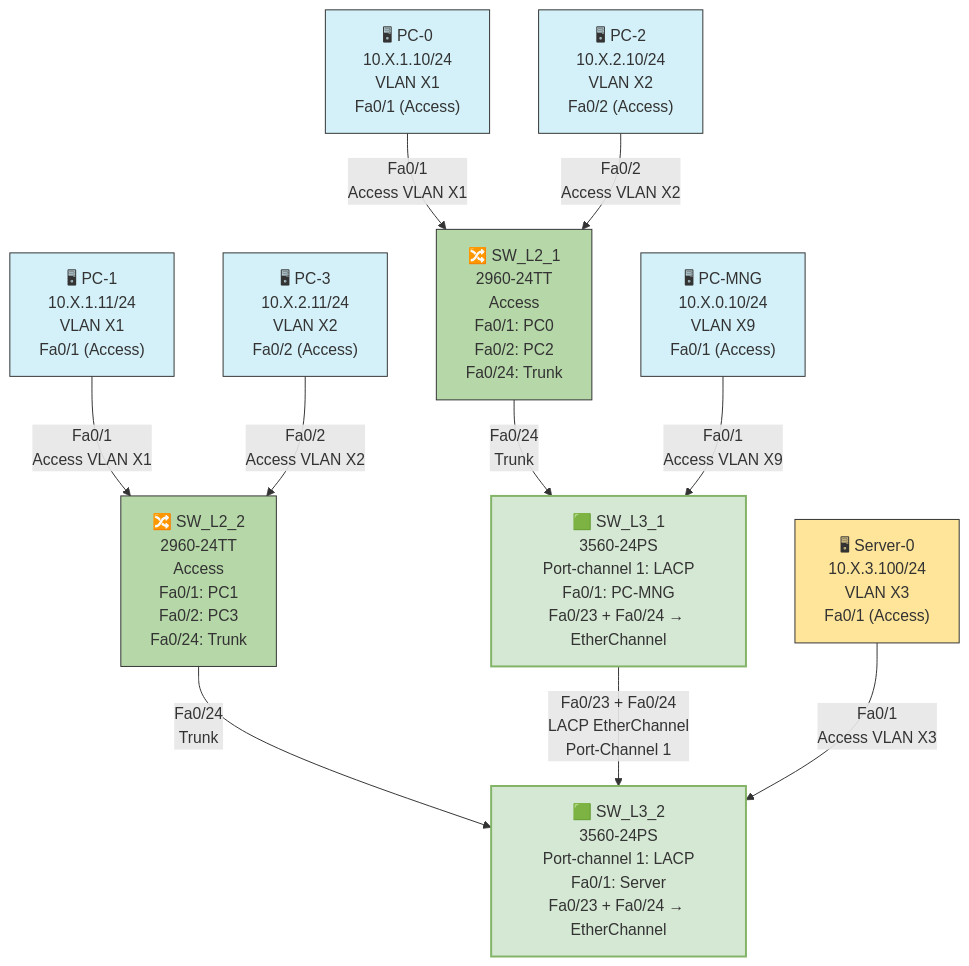
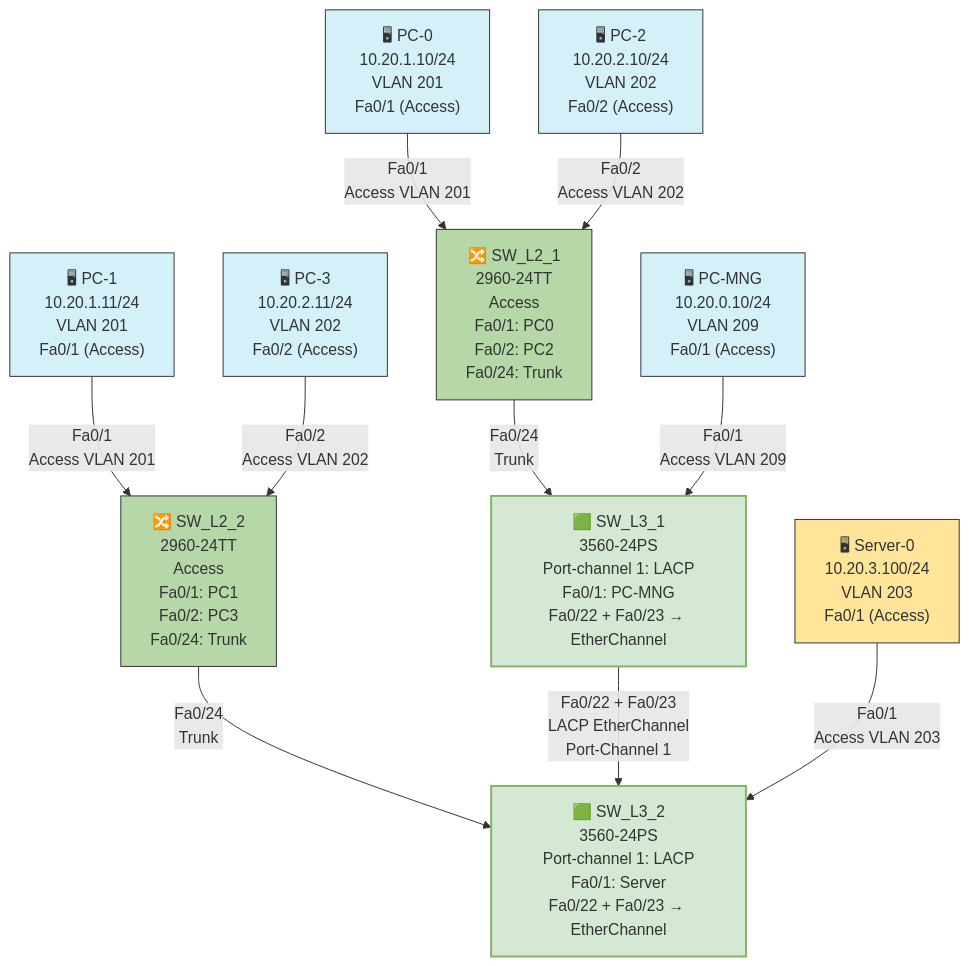
The diagram in Project/part5.md (Haapsalu-Kutsehariduskeskus/av), drawn with Mermaid before and after one commit. The commit also changed other lines of this file, not shown here.

````diff
--- a/Project/part5.md
+++ b/Project/part5.md
@@ -9,48 +9,48 @@
 ```mermaid
 graph TD
 
 %% === PCs ===
-    MNG["🖥 PC-MNG<br/>10.X.0.10/24<br/>VLAN X9<br/>Fa0/1 (Access)"]:::pc
-    PC0["🖥 PC-0<br/>10.X.1.10/24<br/>VLAN X1<br/>Fa0/1 (Access)"]:::pc
-    PC2["🖥 PC-2<br/>10.X.2.10/24<br/>VLAN X2<br/>Fa0/2 (Access)"]:::pc
-    PC1["🖥 PC-1<br/>10.X.1.11/24<br/>VLAN X1<br/>Fa0/1 (Access)"]:::pc
-    PC3["🖥 PC-3<br/>10.X.2.11/24<br/>VLAN X2<br/>Fa0/2 (Access)"]:::pc
+    MNG["🖥 PC-MNG<br/>10.20.0.10/24<br/>VLAN 209<br/>Fa0/1 (Access)"]:::pc
+    PC0["🖥 PC-0<br/>10.20.1.10/24<br/>VLAN 201<br/>Fa0/1 (Access)"]:::pc
+    PC2["🖥 PC-2<br/>10.20.2.10/24<br/>VLAN 202<br/>Fa0/2 (Access)"]:::pc
+    PC1["🖥 PC-1<br/>10.20.1.11/24<br/>VLAN 201<br/>Fa0/1 (Access)"]:::pc
+    PC3["🖥 PC-3<br/>10.20.2.11/24<br/>VLAN 202<br/>Fa0/2 (Access)"]:::pc
 
 %% === Server ===
-    SERVER["🖥 Server-0<br/>10.X.3.100/24<br/>VLAN X3<br/>Fa0/1 (Access)"]:::server
+    SERVER["🖥 Server-0<br/>10.20.3.100/24<br/>VLAN 203<br/>Fa0/1 (Access)"]:::server
 
 %% === Access Switches ===
     SW3["🔀 SW_L2_1<br/>2960-24TT<br/>Access<br/>Fa0/1: PC0<br/>Fa0/2: PC2<br/>Fa0/24: Trunk"]:::access
     SW4["🔀 SW_L2_2<br/>2960-24TT<br/>Access<br/>Fa0/1: PC1<br/>Fa0/2: PC3<br/>Fa0/24: Trunk"]:::access
 
 %% === Distribution Switches with LACP ===
-    SW1["🟩 SW_L3_1<br/>3560-24PS<br/>Port-channel 1: LACP<br/>Fa0/1: PC-MNG<br/>Fa0/23 + Fa0/24 → EtherChannel"]:::etherchannel
-    SW2["🟩 SW_L3_2<br/>3560-24PS<br/>Port-channel 1: LACP<br/>Fa0/1: Server<br/>Fa0/23 + Fa0/24 → EtherChannel"]:::etherchannel
+    SW1["🟩 SW_L3_1<br/>3560-24PS<br/>Port-channel 1: LACP<br/>Fa0/1: PC-MNG<br/>Fa0/22 + Fa0/23 → EtherChannel"]:::etherchannel
+    SW2["🟩 SW_L3_2<br/>3560-24PS<br/>Port-channel 1: LACP<br/>Fa0/1: Server<br/>Fa0/22 + Fa0/23 → EtherChannel"]:::etherchannel
 
 %% === Connections ===
-    PC0 -->|Fa0/1<br/>Access VLAN X1| SW3
-    PC2 -->|Fa0/2<br/>Access VLAN X2| SW3
+    PC0 -->|Fa0/1<br/>Access VLAN 201| SW3
+    PC2 -->|Fa0/2<br/>Access VLAN 202| SW3
 
-    PC1 -->|Fa0/1<br/>Access VLAN X1| SW4
-    PC3 -->|Fa0/2<br/>Access VLAN X2| SW4
+    PC1 -->|Fa0/1<br/>Access VLAN 201| SW4
+    PC3 -->|Fa0/2<br/>Access VLAN 202| SW4
 
     SW3 -->|Fa0/24<br/>Trunk| SW1
     SW4 -->|Fa0/24<br/>Trunk| SW2
 
-    SW1 -->|Fa0/23 + Fa0/24<br/>LACP EtherChannel<br/>Port-Channel 1| SW2
+    SW1 -->|Fa0/22 + Fa0/23<br/>LACP EtherChannel<br/>Port-Channel 1| SW2
 
-    MNG -->|Fa0/1<br/>Access VLAN X9| SW1
-    SERVER -->|Fa0/1<br/>Access VLAN X3| SW2
+    MNG -->|Fa0/1<br/>Access VLAN 209| SW1
+    SERVER -->|Fa0/1<br/>Access VLAN 203| SW2
 
 %% === Styles ===
     classDef pc fill:#d4f1f9,stroke:#333,stroke-width:1px;
     classDef server fill:#ffe599,stroke:#333,stroke-width:1px;
     classDef access fill:#b6d7a8,stroke:#333,stroke-width:1px;
     classDef etherchannel fill:#d5e8d4,stroke:#82b366,stroke-width:2px;
 
     class MNG,PC0,PC1,PC2,PC3 pc;
     class SERVER server;
     class SW3,SW4 access;
     class SW1,SW2 etherchannel;
 
 ```
````
